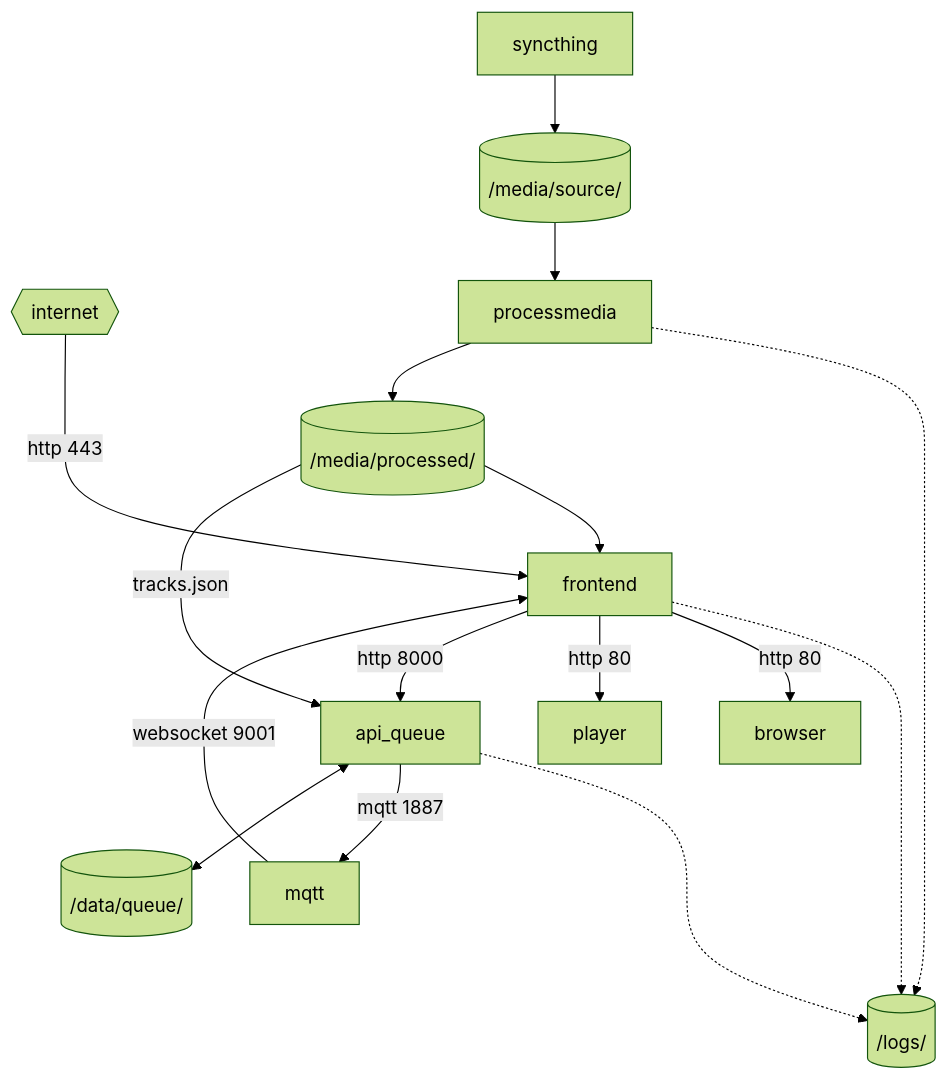
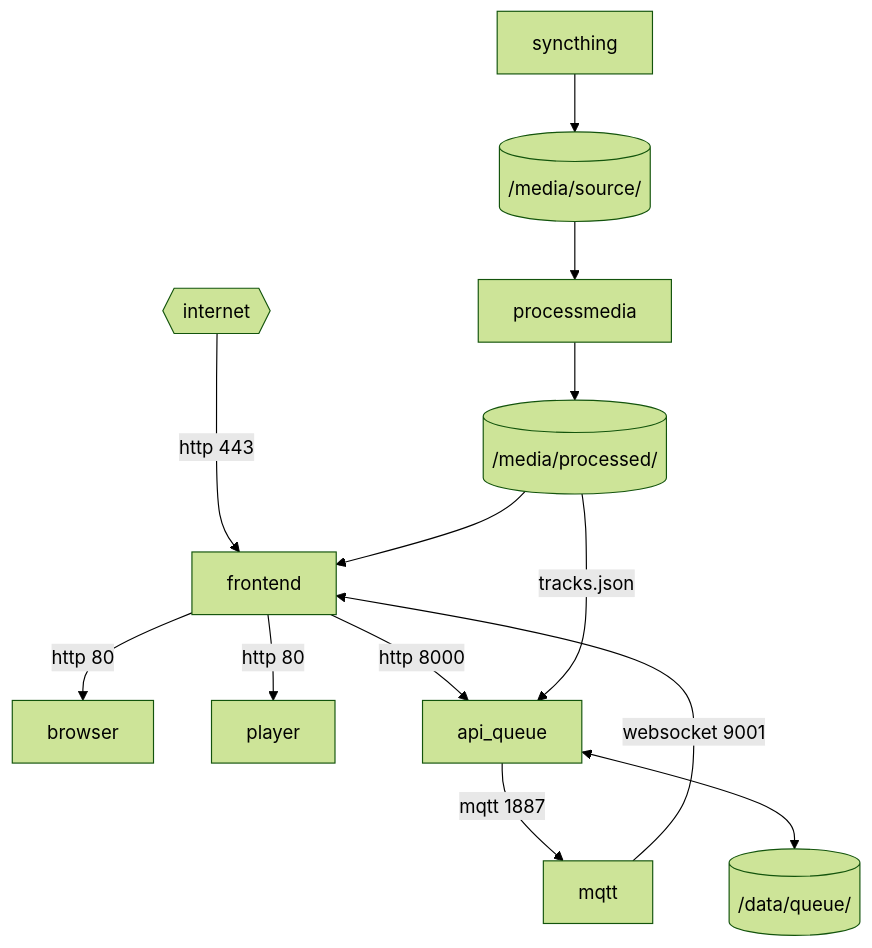
The diagram in docs/for-developers.md (calaldees/KaraKara), drawn with Mermaid (forest theme) before and after one commit. The commit also changed other lines of this file and 8 other files, not shown here.

````diff
--- a/docs/for-developers.md
+++ b/docs/for-developers.md
@@ -29,36 +29,31 @@
 ```mermaid
 graph TD
 
 internet{{internet}}
 internet -- http 443 ---> frontend
 
 frontend
 mqtt
 processmedia
 browser
 player
 api_queue
-
-logs[(/logs/)]
-frontend ..-> logs
-processmedia ..-> logs
-api_queue ..-> logs
 
 /data/queue/[(/data/queue/)]
 
 frontend -- http 80 --> browser
 frontend -- http 80 --> player
 frontend -- http 8000 --> api_queue
 api_queue --mqtt 1887--> mqtt
 api_queue <--> /data/queue/
 mqtt -- websocket 9001 --> frontend
 
 syncthing --> /media/source/
 
 /media/source/[(/media/source/)]
 /media/processed/[(/media/processed/)]
 
 /media/processed/ --> frontend
 /media/processed/ -- tracks.json --> api_queue
 /media/source/ --> processmedia --> /media/processed/
 ```
````
